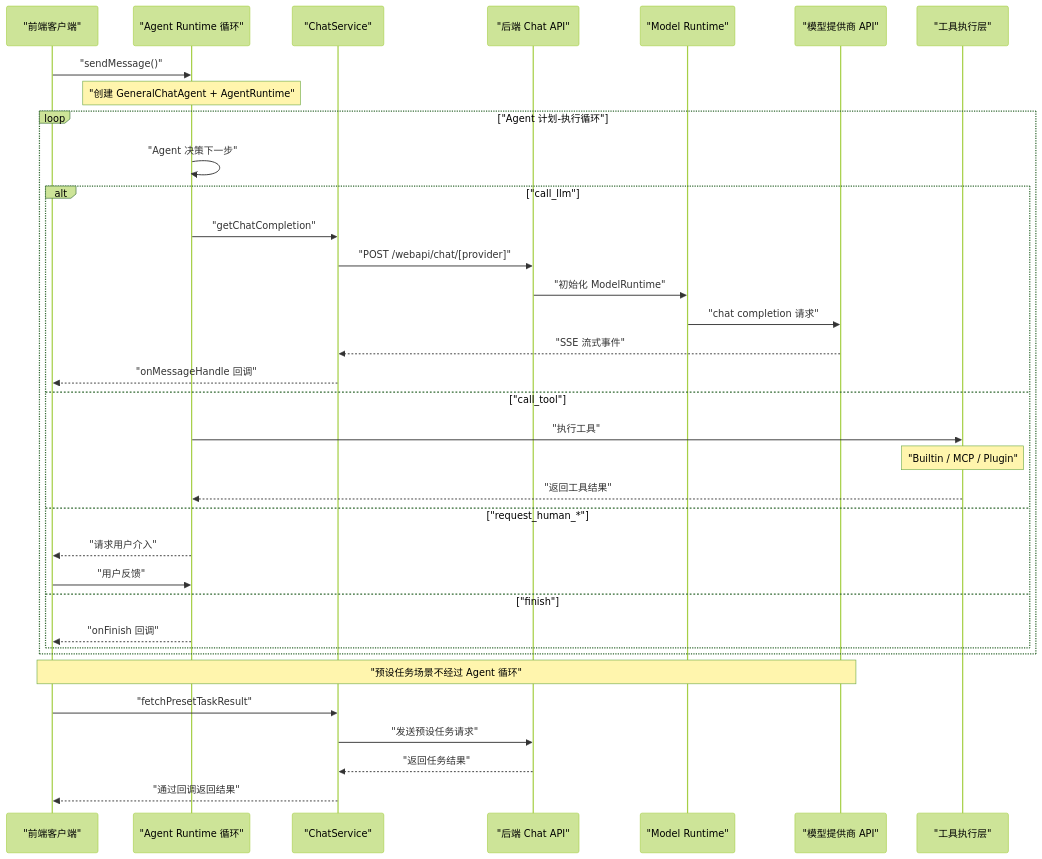
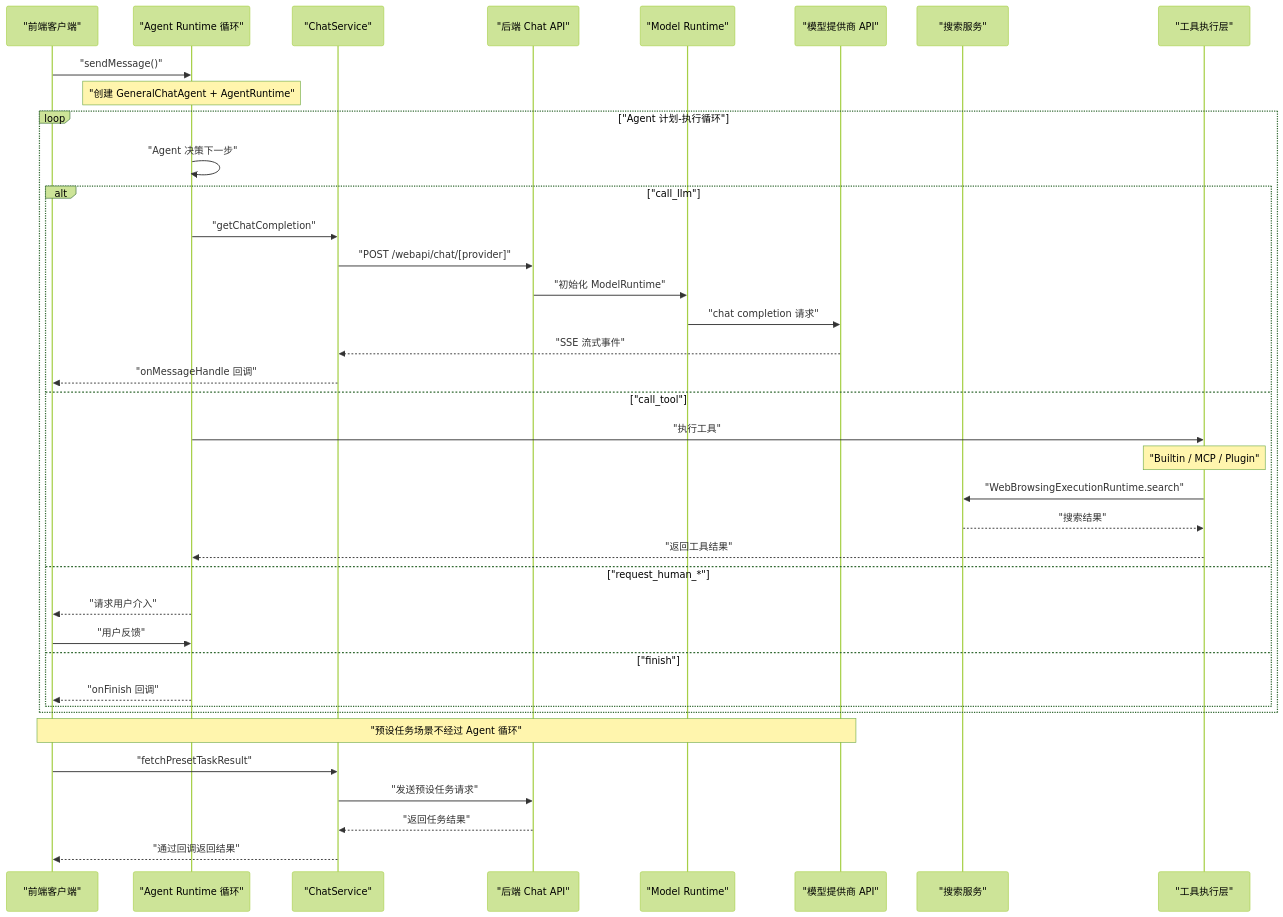
Before and after one commit to AvatoLabs/avato: the second of 10 diagrams in .qoder/repowiki/zh/content/API 接口文档/REST API 设计/聊天 API.md, drawn with Mermaid (forest theme). The commit also changed other lines of this file and 158 other files, not shown here.

````diff
--- a/.qoder/repowiki/zh/content/API 接口文档/REST API 设计/聊天 API.md
+++ b/.qoder/repowiki/zh/content/API 接口文档/REST API 设计/聊天 API.md
@@ -131,37 +172,40 @@
 ```mermaid
 sequenceDiagram
 participant 客户端 as "前端客户端"
 participant AgentLoop as "Agent Runtime 循环"
 participant ChatService as "ChatService"
 participant ChatAPI as "后端 Chat API"
 participant ModelRuntime as "Model Runtime"
 participant 模型提供商 as "模型提供商 API"
+participant 搜索服务 as "搜索服务"
 participant 工具执行 as "工具执行层"
 客户端->>AgentLoop : "sendMessage()"
 Note over AgentLoop : "创建 GeneralChatAgent + AgentRuntime"
 loop "Agent 计划-执行循环"
 AgentLoop->>AgentLoop : "Agent 决策下一步"
 alt "call_llm"
 AgentLoop->>ChatService : "getChatCompletion"
 ChatService->>ChatAPI : "POST /webapi/chat/[provider]"
 ChatAPI->>ModelRuntime : "初始化 ModelRuntime"
 ModelRuntime->>模型提供商 : "chat completion 请求"
 模型提供商-->>ChatService : "SSE 流式事件"
 ChatService-->>客户端 : "onMessageHandle 回调"
 else "call_tool"
 AgentLoop->>工具执行 : "执行工具"
 Note over 工具执行 : "Builtin / MCP / Plugin"
+工具执行->>搜索服务 : "WebBrowsingExecutionRuntime.search"
+搜索服务-->>工具执行 : "搜索结果"
 工具执行-->>AgentLoop : "返回工具结果"
 else "request_human_*"
 AgentLoop-->>客户端 : "请求用户介入"
 客户端->>AgentLoop : "用户反馈"
 else "finish"
 AgentLoop-->>客户端 : "onFinish 回调"
 end
 end
 Note over 客户端,模型提供商 : "预设任务场景不经过 Agent 循环"
 客户端->>ChatService : "fetchPresetTaskResult"
 ChatService->>ChatAPI : "发送预设任务请求"
 ChatAPI-->>ChatService : "返回任务结果"
 ChatService-->>客户端 : "通过回调返回结果"
 ```
````
